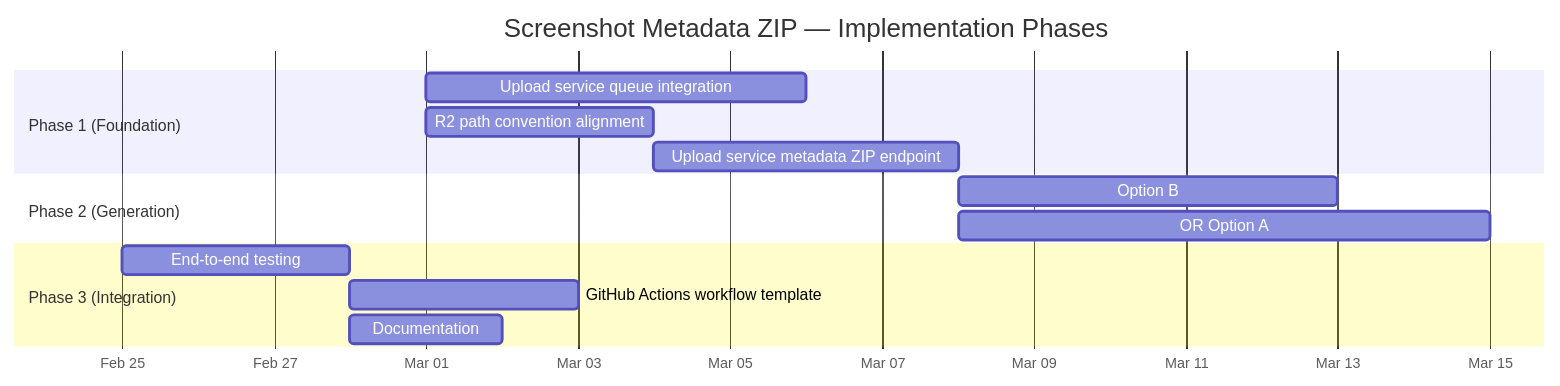
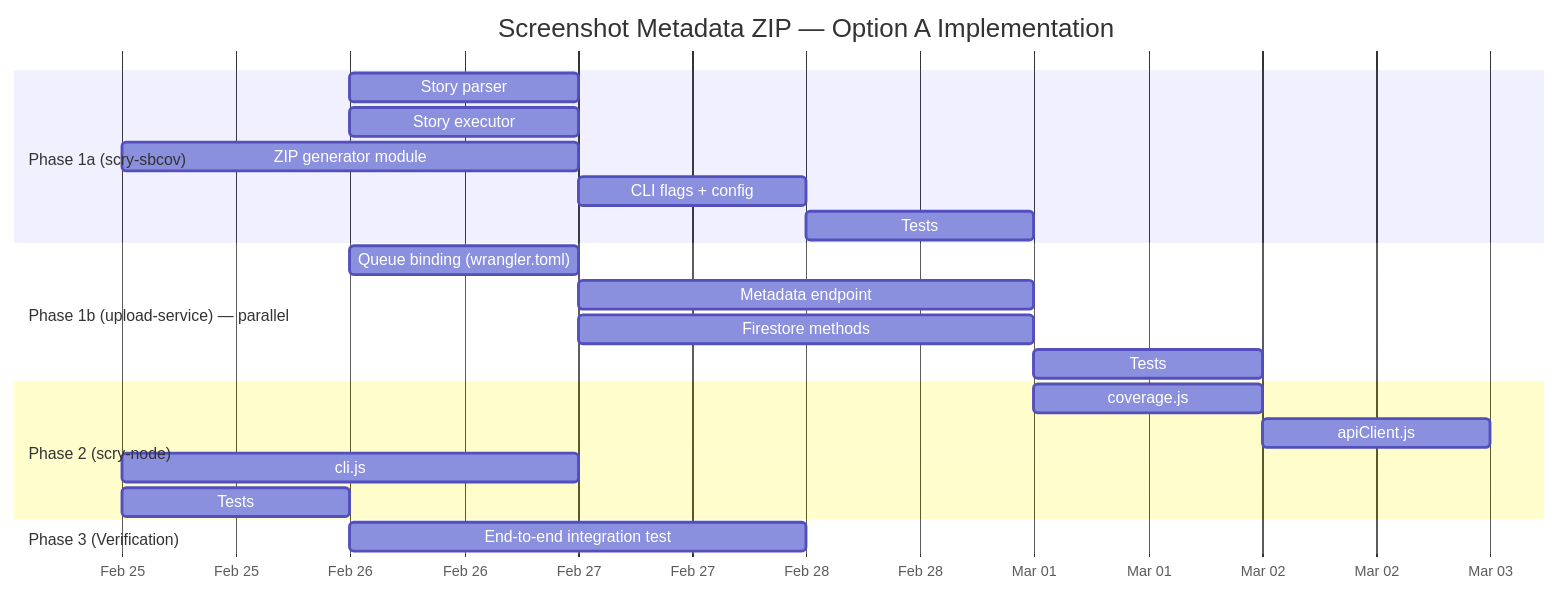
Before and after one commit to epinnock/scry-ops: the ninth of 9 diagrams in plans/screenshot-metadata-zip/03-architecture-diagrams.md, drawn with Mermaid. The commit also changed other lines of this file and 9 other files, not shown here.

Commit message:
feat: add screenshot metadata zip implementation plans and e2e scripts

````diff
--- a/plans/screenshot-metadata-zip/03-architecture-diagrams.md
+++ b/plans/screenshot-metadata-zip/03-architecture-diagrams.md
@@ -319,20 +329,28 @@
 ```mermaid
 gantt
-    title Screenshot Metadata ZIP — Implementation Phases
+    title Screenshot Metadata ZIP — Option A Implementation
     dateFormat YYYY-MM-DD
     axisFormat %b %d
 
-    section Phase 1 (Foundation)
-    Upload service queue integration        :p1a, 2026-03-01, 5d
-    R2 path convention alignment            :p1b, 2026-03-01, 3d
-    Upload service metadata ZIP endpoint    :p1c, after p1b, 4d
+    section Phase 1a (scry-sbcov)
+    Story parser: location tracking          :p1a1, 2026-02-26, 1d
+    Story executor: screenshot capture       :p1a2, 2026-02-26, 1d
+    ZIP generator module                     :p1a3, after p1a2, 2d
+    CLI flags + config                       :p1a4, after p1a3, 1d
+    Tests                                    :p1a5, after p1a4, 1d
 
-    section Phase 2 (Generation)
-    Option B: scry-node metadata gen        :p2a, after p1c, 5d
-    OR Option A: scry-sbcov screenshots     :p2b, after p1c, 7d
+    section Phase 1b (upload-service) — parallel
+    Queue binding (wrangler.toml)            :p1b1, 2026-02-26, 1d
+    Metadata endpoint                        :p1b2, after p1b1, 2d
+    Firestore methods                        :p1b3, after p1b1, 2d
+    Tests                                    :p1b4, after p1b3, 1d
 
-    section Phase 3 (Integration)
-    End-to-end testing                      :p3a, after p2a, 3d
-    GitHub Actions workflow template        :p3b, after p3a, 3d
-    Documentation                           :p3c, after p3a, 2d
+    section Phase 2 (scry-node)
+    coverage.js: screenshot flags            :p2a, after p1a5, 1d
+    apiClient.js: uploadMetadataZip          :p2b, after p1b4, 1d
+    cli.js: replace storycap flow            :p2c, after p2b, 2d
+    Tests                                    :p2d, after p2c, 1d
+
+    section Phase 3 (Verification)
+    End-to-end integration test              :p3a, after p2d, 2d
 ```
````
